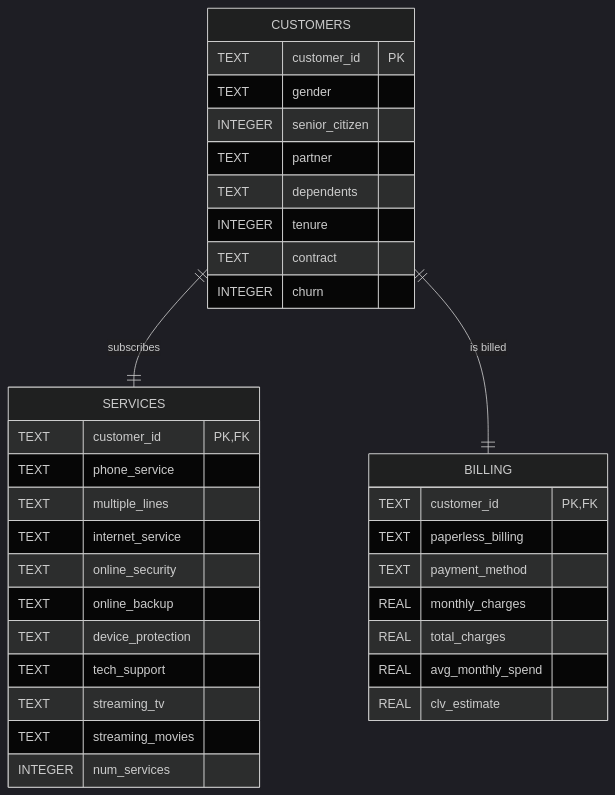
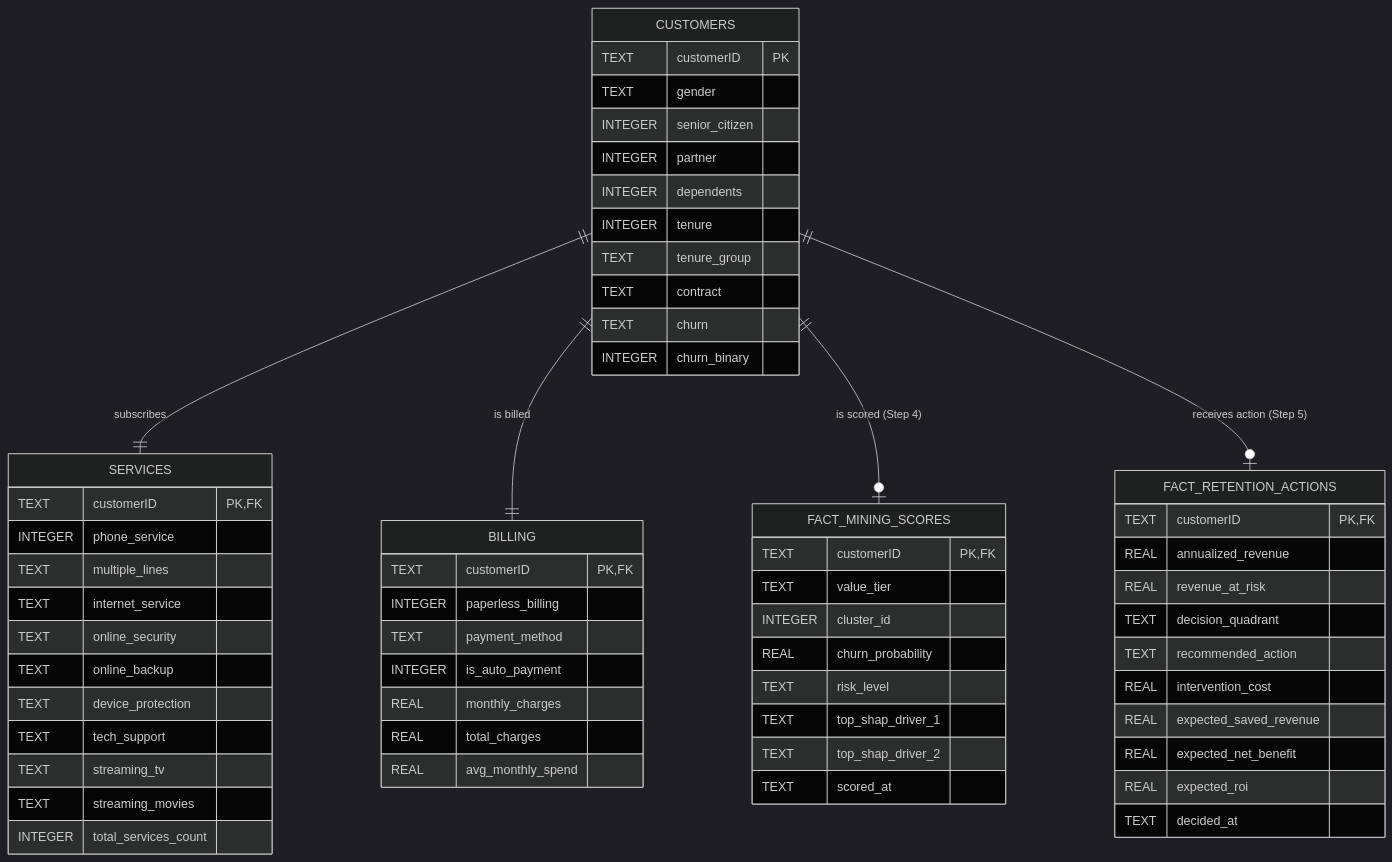
Before and after one commit to Vu-Viet-Phong/ISM-project: the second of 2 diagrams in README.md, drawn with Mermaid (dark theme). The commit also changed other lines of this file and 4 other files, not shown here.

````diff
--- a/README.md
+++ b/README.md
@@ -65,37 +65,63 @@
 ```mermaid
 erDiagram
     CUSTOMERS ||--|| SERVICES : subscribes
     CUSTOMERS ||--|| BILLING : "is billed"
+    CUSTOMERS ||--o| FACT_MINING_SCORES : "is scored (Step 4)"
+    CUSTOMERS ||--o| FACT_RETENTION_ACTIONS : "receives action (Step 5)"
     CUSTOMERS {
-        TEXT customer_id PK
+        TEXT customerID PK
         TEXT gender
         INTEGER senior_citizen
-        TEXT partner
-        TEXT dependents
+        INTEGER partner
+        INTEGER dependents
         INTEGER tenure
+        TEXT tenure_group
         TEXT contract
-        INTEGER churn
+        TEXT churn
+        INTEGER churn_binary
     }
     SERVICES {
-        TEXT customer_id PK, FK
-        TEXT phone_service
+        TEXT customerID PK, FK
+        INTEGER phone_service
         TEXT multiple_lines
         TEXT internet_service
         TEXT online_security
         TEXT online_backup
         TEXT device_protection
         TEXT tech_support
         TEXT streaming_tv
         TEXT streaming_movies
-        INTEGER num_services
+        INTEGER total_services_count
     }
     BILLING {
-        TEXT customer_id PK, FK
-        TEXT paperless_billing
+        TEXT customerID PK, FK
+        INTEGER paperless_billing
         TEXT payment_method
+        INTEGER is_auto_payment
         REAL monthly_charges
         REAL total_charges
         REAL avg_monthly_spend
-        REAL clv_estimate
+    }
+    FACT_MINING_SCORES {
+        TEXT customerID PK, FK
+        TEXT value_tier
+        INTEGER cluster_id
+        REAL churn_probability
+        TEXT risk_level
+        TEXT top_shap_driver_1
+        TEXT top_shap_driver_2
+        TEXT scored_at
+    }
+    FACT_RETENTION_ACTIONS {
+        TEXT customerID PK, FK
+        REAL annualized_revenue
+        REAL revenue_at_risk
+        TEXT decision_quadrant
+        TEXT recommended_action
+        REAL intervention_cost
+        REAL expected_saved_revenue
+        REAL expected_net_benefit
+        REAL expected_roi
+        TEXT decided_at
     }
 ```
````
